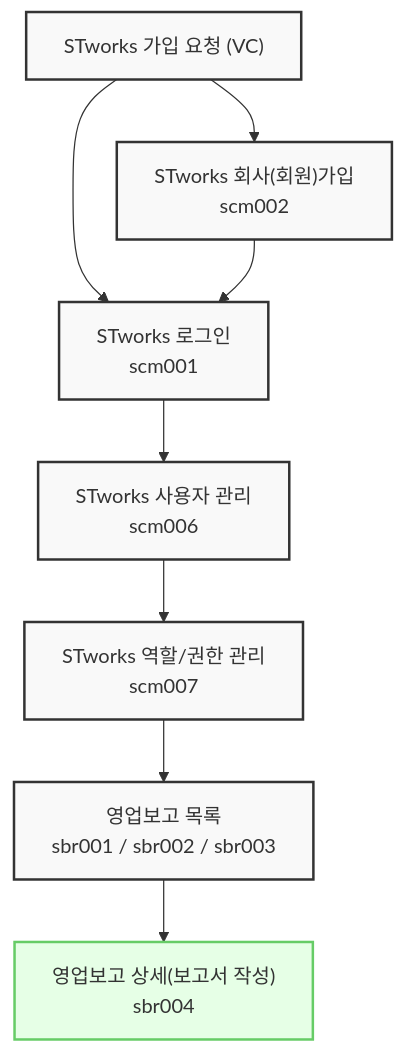
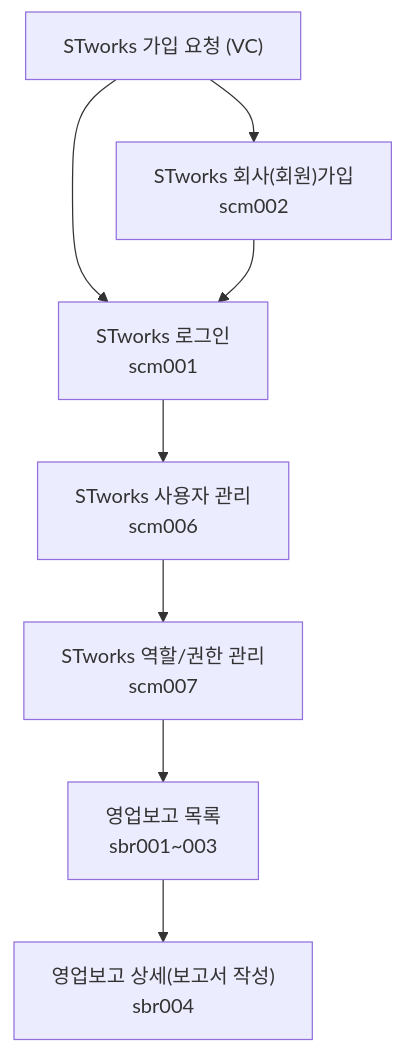
Before and after one commit to cotes2020/jekyll-theme-chirpy: the diagram in _tabs/report.md, drawn with Mermaid.

Commit message:
양식 조정

````diff
--- a/_tabs/report.md
+++ b/_tabs/report.md
@@ -10,29 +10,25 @@
 ```mermaid
 flowchart TD
     n1["STworks 가입 요청 (VC)"]
     n2["STworks 회사(회원)가입<br>scm002"]
     n3["STworks 로그인<br>scm001"]
     n4["STworks 사용자 관리<br>scm006"]
     n5["STworks 역할/권한 관리<br>scm007"]
-    n6["영업보고 목록<br>sbr001 / sbr002 / sbr003"]
+    n6["영업보고 목록<br>sbr001~003"]
     n7["영업보고 상세(보고서 작성)<br>sbr004"]
     
     n1 --> n2
     n1 --> n3
     n2 --> n3
     n3 --> n4
     n4 --> n5
     n5 --> n6
     n6 --> n7
 
-    classDef default fill:#f9f9f9,stroke:#333,stroke-width:2px;
-    classDef highlight fill:#e6ffe6,stroke:#66cc66,stroke-width:2px;
-    class n7 highlight;
-
     click n2 "{% post_url 2024-09-01-scm002 %}" " "
     click n3 "{% post_url 2024-09-02-scm001 %}" " "
     click n4 "{% post_url 2024-09-03-scm006 %}" " "
     click n5 "{% post_url 2024-09-04-scm007 %}" " "
     click n6 "{% post_url 2024-09-05-sbr001 %}" " "
     click n7 "{% post_url 2024-09-06-sbr004 %}" " "
 ```
````
